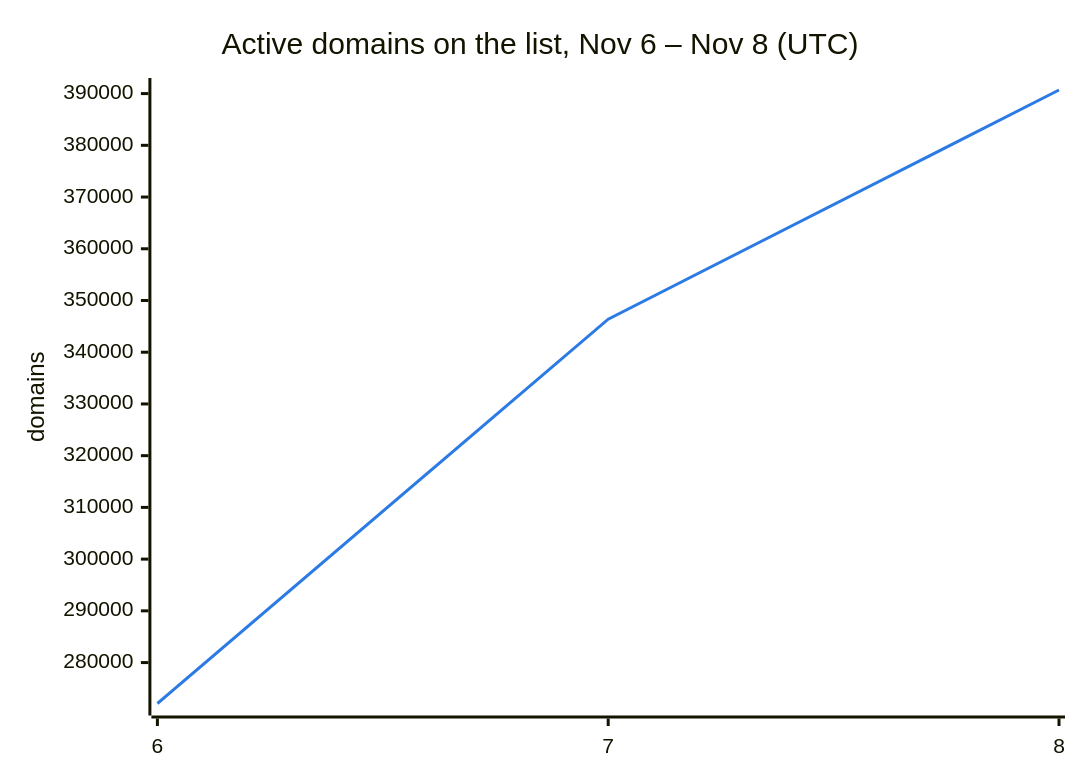
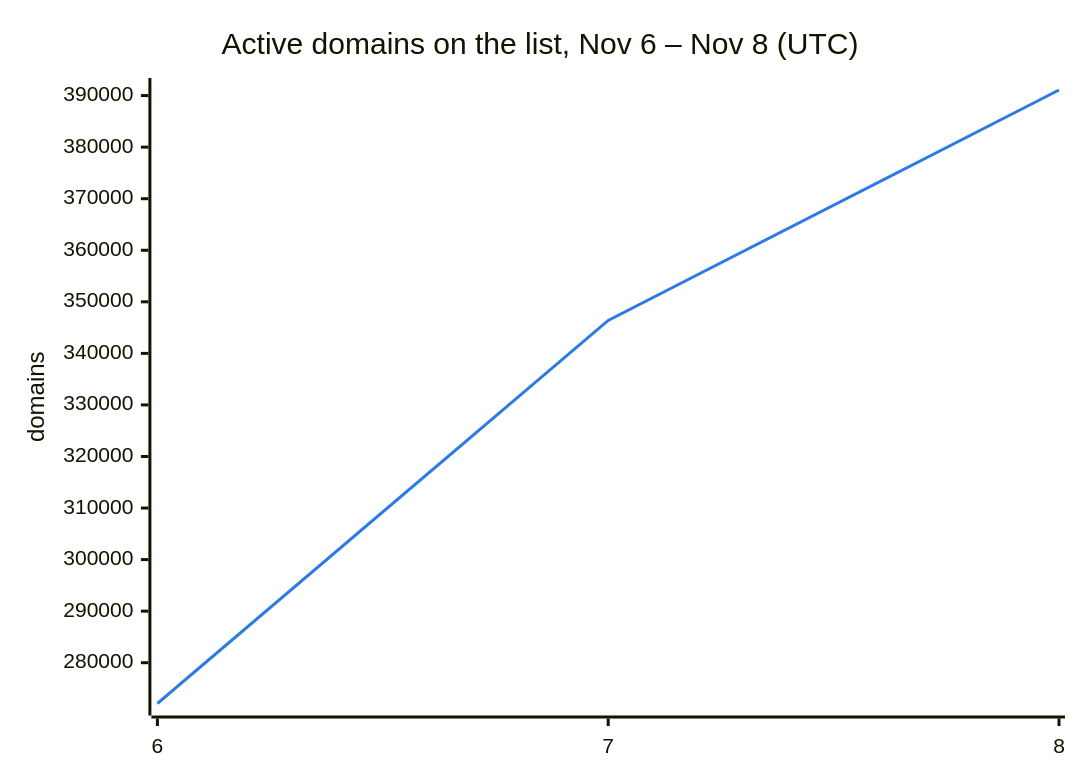
Before and after one commit to DNSBunker/CTI: the second of 3 diagrams in README.md, drawn with Mermaid. The commit also changed other lines of this file and 3 other files, not shown here.

````diff
--- a/README.md
+++ b/README.md
@@ -38,8 +38,8 @@
 ```mermaid
 %%{init: {"themeVariables": {"xyChart": {"plotColorPalette": "#2c7be5"}}}}%%
 xychart-beta
     title "Active domains on the list, Nov 6 – Nov 8 (UTC)"
     x-axis ["6", "7", "8"]
     y-axis "domains"
-    line [272088, 346388, 390694]
+    line [272088, 346388, 391084]
 ```
````
